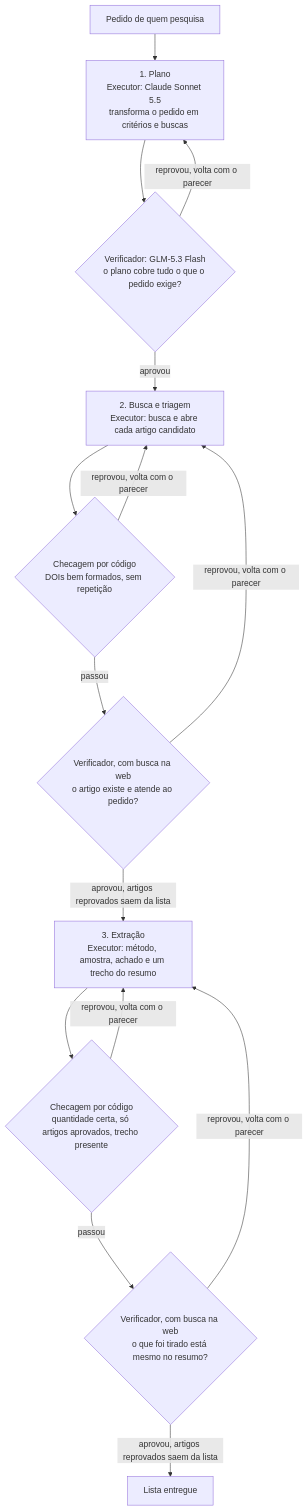
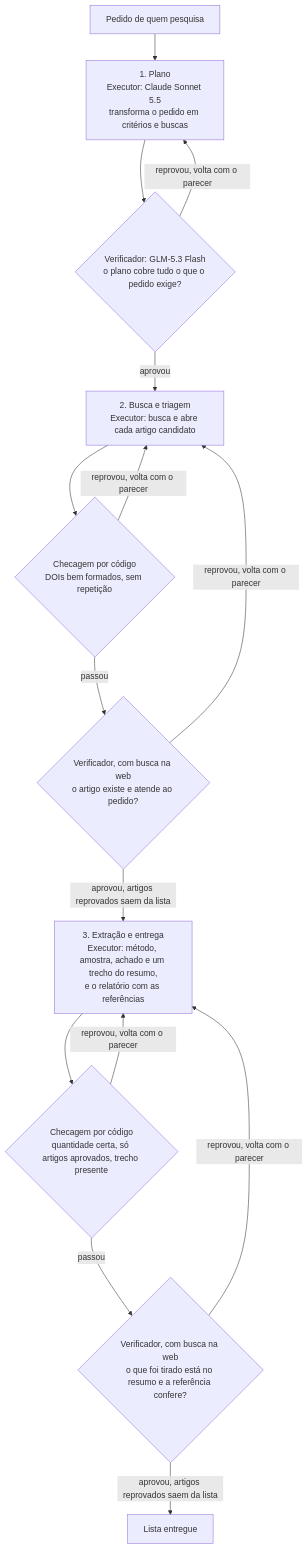
The diagram in agents/level_2/README.pt-BR.md (abajur-ai/ufrj-research-agents), drawn with Mermaid before and after one commit. The commit also changed other lines of this file and 24 other files, not shown here.

````diff
--- a/agents/level_2/README.pt-BR.md
+++ b/agents/level_2/README.pt-BR.md
@@ -33,17 +33,17 @@
 ```mermaid
 flowchart TD
     R["Pedido de quem pesquisa"] --> P["1. Plano<br/>Executor: Claude Sonnet 5.5<br/>transforma o pedido em critérios e buscas"]
     P --> PV{"Verificador: GLM-5.3 Flash<br/>o plano cobre tudo o que o pedido exige?"}
     PV -->|reprovou, volta com o parecer| P
     PV -->|aprovou| S["2. Busca e triagem<br/>Executor: busca e abre cada artigo candidato"]
     S --> SG{"Checagem por código<br/>DOIs bem formados, sem repetição"}
     SG -->|reprovou, volta com o parecer| S
     SG -->|passou| SV{"Verificador, com busca na web<br/>o artigo existe e atende ao pedido?"}
     SV -->|reprovou, volta com o parecer| S
-    SV -->|aprovou, artigos reprovados saem da lista| E["3. Extração<br/>Executor: método, amostra, achado e um trecho do resumo"]
+    SV -->|aprovou, artigos reprovados saem da lista| E["3. Extração e entrega<br/>Executor: método, amostra, achado e um trecho do resumo,<br/>e o relatório com as referências"]
     E --> EG{"Checagem por código<br/>quantidade certa, só artigos aprovados, trecho presente"}
     EG -->|reprovou, volta com o parecer| E
-    EG -->|passou| EV{"Verificador, com busca na web<br/>o que foi tirado está mesmo no resumo?"}
+    EG -->|passou| EV{"Verificador, com busca na web<br/>o que foi tirado está no resumo e a referência confere?"}
     EV -->|reprovou, volta com o parecer| E
     EV -->|aprovou, artigos reprovados saem da lista| D["Lista entregue"]
 ```
````
